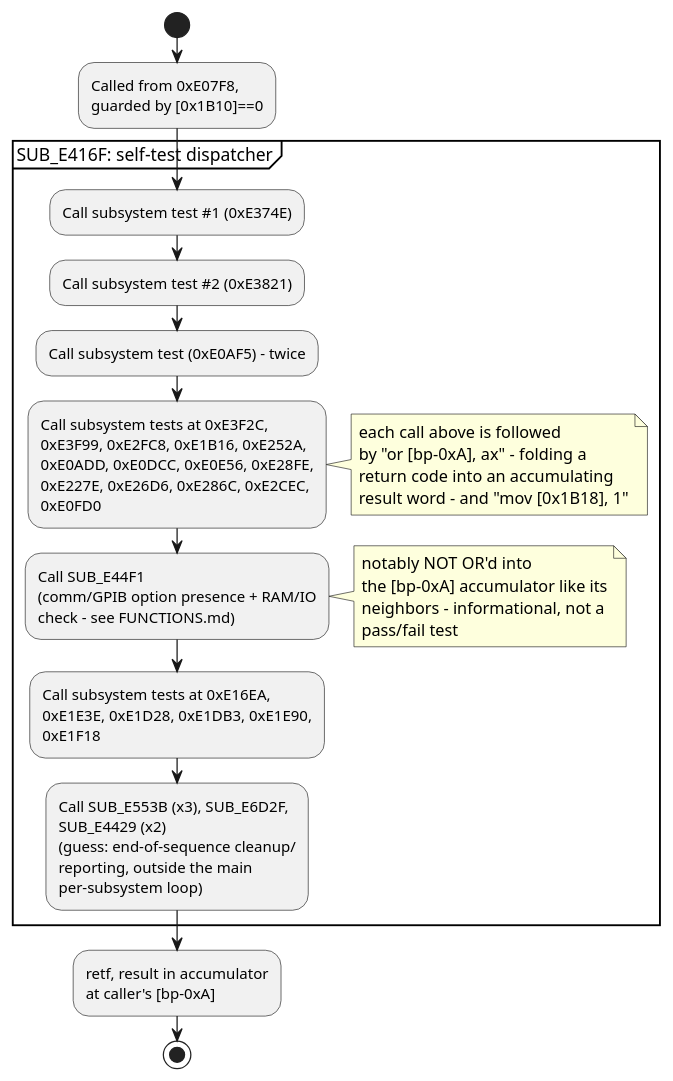
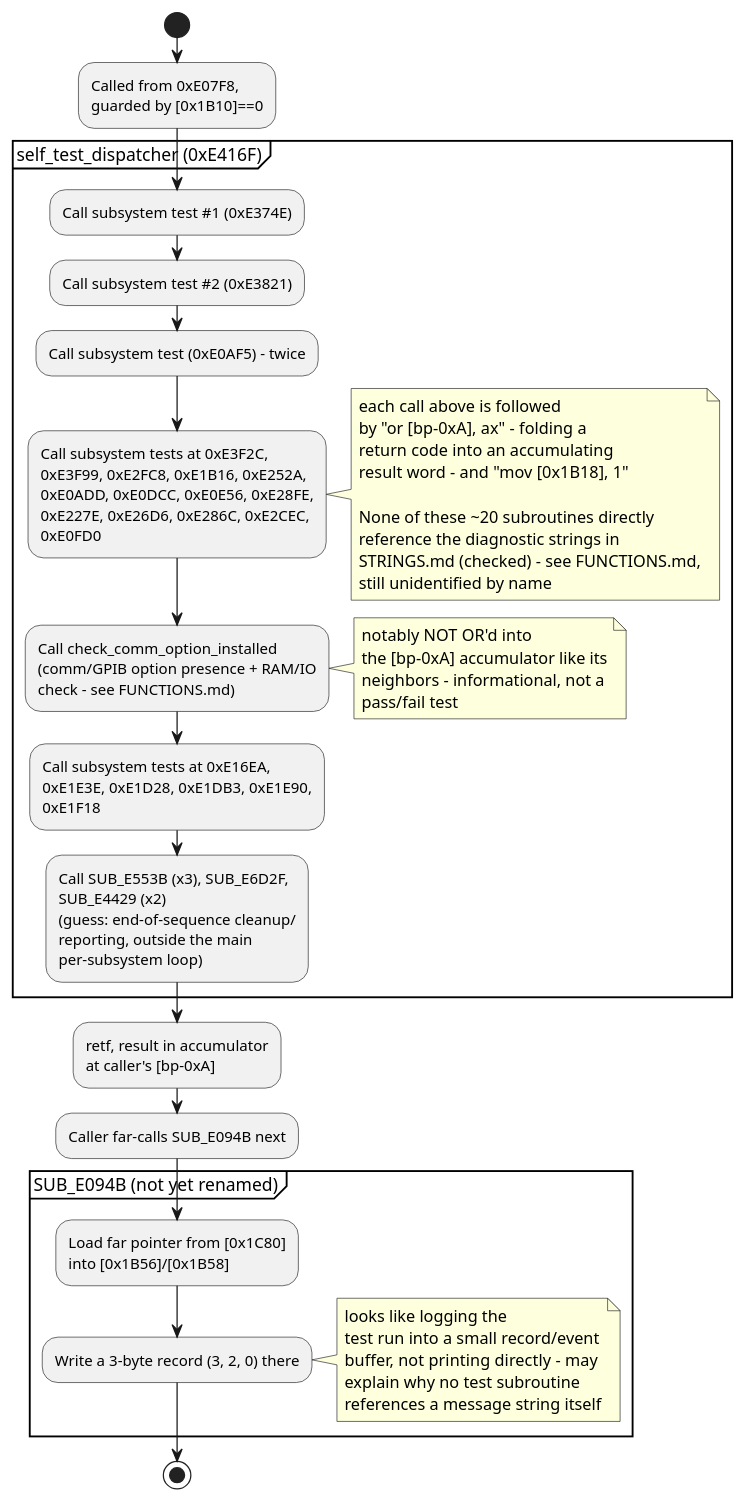
The third of 4 diagrams in JUMP_MAP.md (Mwwhited-BookLearning/tektronix-2230), drawn with PlantUML before and after one commit. The commit also changed other lines of this file and 13 other files, not shown here.

````diff
--- a/JUMP_MAP.md
+++ b/JUMP_MAP.md
@@ -78,22 +78,28 @@
 ```plantuml
 @startuml
 start
 :Called from 0xE07F8,\nguarded by [0x1B10]==0;
 
-partition "SUB_E416F: self-test dispatcher" {
+partition "self_test_dispatcher (0xE416F)" {
   :Call subsystem test #1 (0xE374E);
   :Call subsystem test #2 (0xE3821);
   :Call subsystem test (0xE0AF5) - twice;
   :Call subsystem tests at 0xE3F2C,\n0xE3F99, 0xE2FC8, 0xE1B16, 0xE252A,\n0xE0ADD, 0xE0DCC, 0xE0E56, 0xE28FE,\n0xE227E, 0xE26D6, 0xE286C, 0xE2CEC,\n0xE0FD0;
-  note right: each call above is followed\nby "or [bp-0xA], ax" - folding a\nreturn code into an accumulating\nresult word - and "mov [0x1B18], 1"
+  note right: each call above is followed\nby "or [bp-0xA], ax" - folding a\nreturn code into an accumulating\nresult word - and "mov [0x1B18], 1"\n\nNone of these ~20 subroutines directly\nreference the diagnostic strings in\nSTRINGS.md (checked) - see FUNCTIONS.md,\nstill unidentified by name
 
-  :Call SUB_E44F1\n(comm/GPIB option presence + RAM/IO\ncheck - see FUNCTIONS.md);
+  :Call check_comm_option_installed\n(comm/GPIB option presence + RAM/IO\ncheck - see FUNCTIONS.md);
   note right: notably NOT OR'd into\nthe [bp-0xA] accumulator like its\nneighbors - informational, not a\npass/fail test
 
   :Call subsystem tests at 0xE16EA,\n0xE1E3E, 0xE1D28, 0xE1DB3, 0xE1E90,\n0xE1F18;
   :Call SUB_E553B (x3), SUB_E6D2F,\nSUB_E4429 (x2)\n(guess: end-of-sequence cleanup/\nreporting, outside the main\nper-subsystem loop);
 }
 :retf, result in accumulator\nat caller's [bp-0xA];
+:Caller far-calls SUB_E094B next;
+partition "SUB_E094B (not yet renamed)" {
+  :Load far pointer from [0x1C80]\ninto [0x1B56]/[0x1B58];
+  :Write a 3-byte record (3, 2, 0) there;
+  note right: looks like logging the\ntest run into a small record/event\nbuffer, not printing directly - may\nexplain why no test subroutine\nreferences a message string itself
+}
 stop
 @enduml
 ```
````
